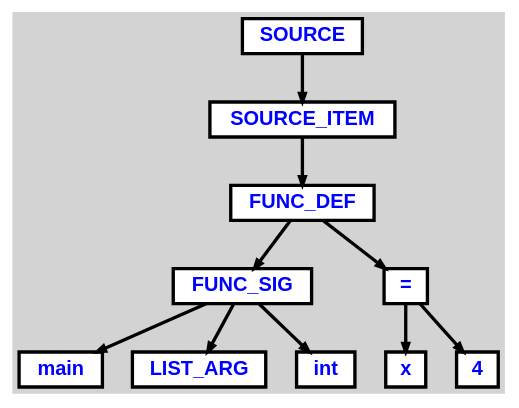
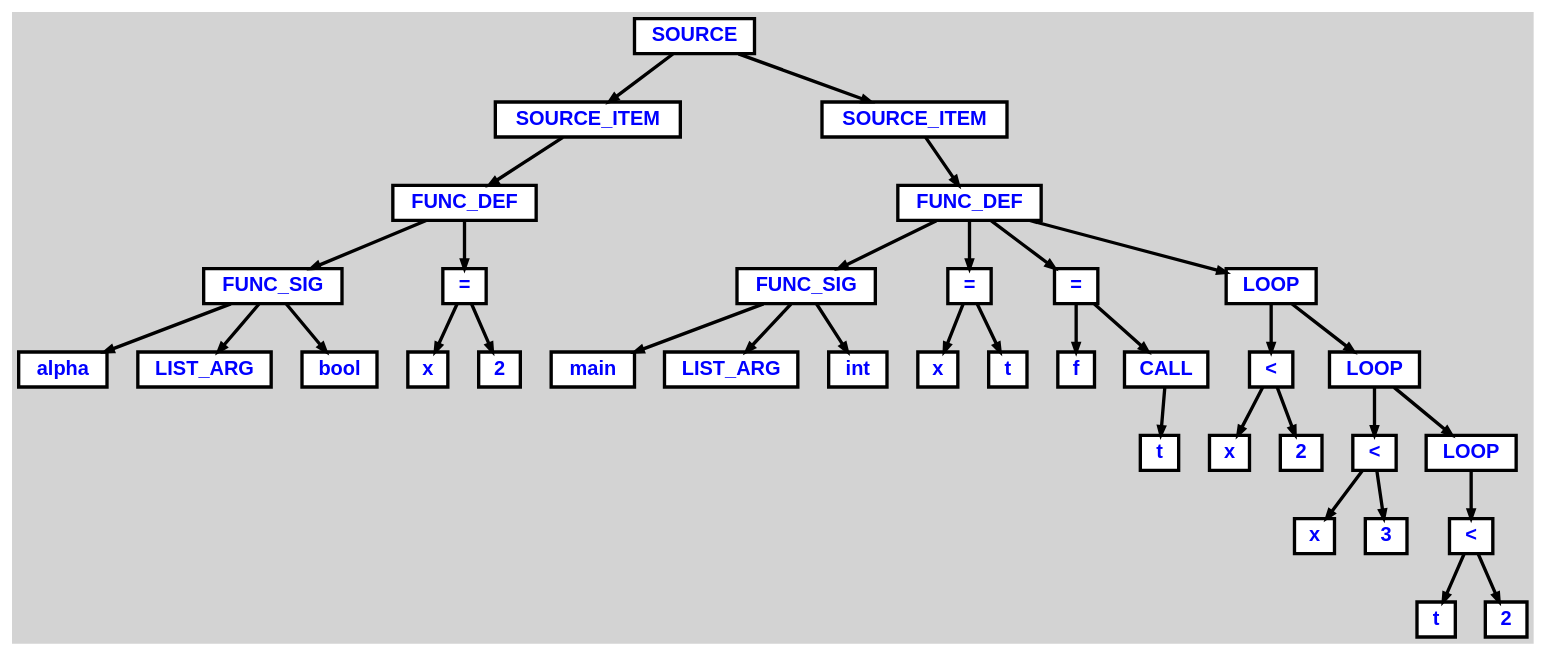
The diagram in examples/tree-vis/output/sample1.dot (popov-p/itmo-spo-2024), drawn with Graphviz before and after one commit. The commit also changed 44 other files, not shown here.

```diff
--- a/examples/tree-vis/output/sample1.dot
+++ b/examples/tree-vis/output/sample1.dot
@@ -1,31 +1,81 @@
 digraph {
 
 	ordering=out;
 	ranksep=.4;
 	bgcolor="lightgrey";  node [shape=box, fixedsize=false, fontsize=12, fontname="Helvetica-bold", fontcolor="blue"
 	width=.25, height=.25, color="black", fillcolor="white", style="filled, solid, bold"];
 
 	edge [arrowsize=.5, color="black", style="bold"]
 
-	n0x773b30bb2bb8[label="SOURCE"]
-	n0x773b30bb2a80[label="SOURCE_ITEM"]
-	n0x773b30bb2948[label="FUNC_DEF"]
-	n0x773b30bb1be0[label="FUNC_SIG"]
-	n0x773b30bb1970[label="main"]
-	n0x773b30bb1aa8[label="LIST_ARG"]
-	n0x773b30bb1e50[label="int"]
-	n0x773b30bb26d8[label="="]
-	n0x773b30bb2468[label="x"]
-	n0x773b30bb2810[label="4"]
+	n0x728c54c35ee8[label="SOURCE"]
+	n0x728c54c32a80[label="SOURCE_ITEM"]
+	n0x728c54c32948[label="FUNC_DEF"]
+	n0x728c54c31be0[label="FUNC_SIG"]
+	n0x728c54c31970[label="alpha"]
+	n0x728c54c31aa8[label="LIST_ARG"]
+	n0x728c54c31e50[label="bool"]
+	n0x728c54c326d8[label="="]
+	n0x728c54c32468[label="x"]
+	n0x728c54c32810[label="2"]
+	n0x728c54c35c78[label="SOURCE_ITEM"]
+	n0x728c54c34dd8[label="FUNC_DEF"]
+	n0x728c54c32cf0[label="FUNC_SIG"]
+	n0x728c54c32330[label="main"]
+	n0x728c54c32bb8[label="LIST_ARG"]
+	n0x728c54c32f60[label="int"]
+	n0x728c54c337e8[label="="]
+	n0x728c54c33578[label="x"]
+	n0x728c54c33920[label="t"]
+	n0x728c54c34550[label="="]
+	n0x728c54c33f38[label="f"]
+	n0x728c54c34418[label="CALL"]
+	n0x728c54c342e0[label="t"]
+	n0x728c54c35528[label="LOOP"]
+	n0x728c54c34b68[label="<"]
+	n0x728c54c34ca0[label="x"]
+	n0x728c54c34f10[label="2"]
+	n0x728c54c35798[label="LOOP"]
+	n0x728c54c352b8[label="<"]
+	n0x728c54c353f0[label="x"]
+	n0x728c54c35660[label="3"]
+	n0x728c54c358d0[label="LOOP"]
+	n0x728c54c35a08[label="<"]
+	n0x728c54c35b40[label="t"]
+	n0x728c54c35db0[label="2"]
 
-		n0x773b30bb2bb8 -> n0x773b30bb2a80		// SOURCE -> SOURCE_ITEM
-		n0x773b30bb2a80 -> n0x773b30bb2948		// SOURCE_ITEM -> FUNC_DEF
-		n0x773b30bb2948 -> n0x773b30bb1be0		// FUNC_DEF -> FUNC_SIG
-		n0x773b30bb1be0 -> n0x773b30bb1970		// FUNC_SIG -> main
-		n0x773b30bb1be0 -> n0x773b30bb1aa8		// FUNC_SIG -> LIST_ARG
-		n0x773b30bb1be0 -> n0x773b30bb1e50		// FUNC_SIG -> int
-		n0x773b30bb2948 -> n0x773b30bb26d8		// FUNC_DEF -> =
-		n0x773b30bb26d8 -> n0x773b30bb2468		// = -> x
-		n0x773b30bb26d8 -> n0x773b30bb2810		// = -> 4
+		n0x728c54c35ee8 -> n0x728c54c32a80		// SOURCE -> SOURCE_ITEM
+		n0x728c54c32a80 -> n0x728c54c32948		// SOURCE_ITEM -> FUNC_DEF
+		n0x728c54c32948 -> n0x728c54c31be0		// FUNC_DEF -> FUNC_SIG
+		n0x728c54c31be0 -> n0x728c54c31970		// FUNC_SIG -> alpha
+		n0x728c54c31be0 -> n0x728c54c31aa8		// FUNC_SIG -> LIST_ARG
+		n0x728c54c31be0 -> n0x728c54c31e50		// FUNC_SIG -> bool
+		n0x728c54c32948 -> n0x728c54c326d8		// FUNC_DEF -> =
+		n0x728c54c326d8 -> n0x728c54c32468		// = -> x
+		n0x728c54c326d8 -> n0x728c54c32810		// = -> 2
+		n0x728c54c35ee8 -> n0x728c54c35c78		// SOURCE -> SOURCE_ITEM
+		n0x728c54c35c78 -> n0x728c54c34dd8		// SOURCE_ITEM -> FUNC_DEF
+		n0x728c54c34dd8 -> n0x728c54c32cf0		// FUNC_DEF -> FUNC_SIG
+		n0x728c54c32cf0 -> n0x728c54c32330		// FUNC_SIG -> main
+		n0x728c54c32cf0 -> n0x728c54c32bb8		// FUNC_SIG -> LIST_ARG
+		n0x728c54c32cf0 -> n0x728c54c32f60		// FUNC_SIG -> int
+		n0x728c54c34dd8 -> n0x728c54c337e8		// FUNC_DEF -> =
+		n0x728c54c337e8 -> n0x728c54c33578		// = -> x
+		n0x728c54c337e8 -> n0x728c54c33920		// = -> t
+		n0x728c54c34dd8 -> n0x728c54c34550		// FUNC_DEF -> =
+		n0x728c54c34550 -> n0x728c54c33f38		// = -> f
+		n0x728c54c34550 -> n0x728c54c34418		// = -> CALL
+		n0x728c54c34418 -> n0x728c54c342e0		// CALL -> t
+		n0x728c54c34dd8 -> n0x728c54c35528		// FUNC_DEF -> LOOP
+		n0x728c54c35528 -> n0x728c54c34b68		// LOOP -> <
+		n0x728c54c34b68 -> n0x728c54c34ca0		// < -> x
+		n0x728c54c34b68 -> n0x728c54c34f10		// < -> 2
+		n0x728c54c35528 -> n0x728c54c35798		// LOOP -> LOOP
+		n0x728c54c35798 -> n0x728c54c352b8		// LOOP -> <
+		n0x728c54c352b8 -> n0x728c54c353f0		// < -> x
+		n0x728c54c352b8 -> n0x728c54c35660		// < -> 3
+		n0x728c54c35798 -> n0x728c54c358d0		// LOOP -> LOOP
+		n0x728c54c358d0 -> n0x728c54c35a08		// LOOP -> <
+		n0x728c54c35a08 -> n0x728c54c35b40		// < -> t
+		n0x728c54c35a08 -> n0x728c54c35db0		// < -> 2
 
 }
```
